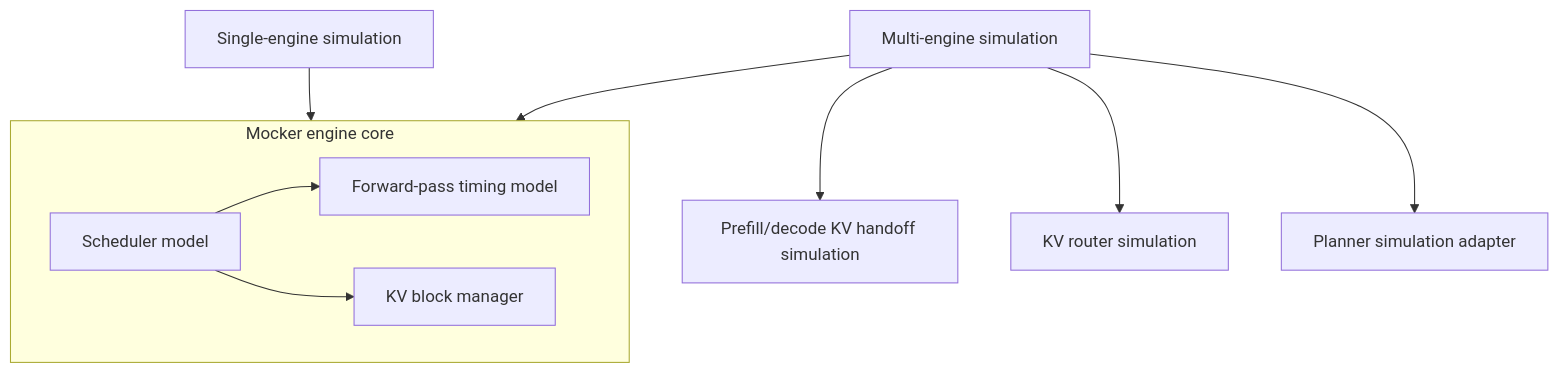
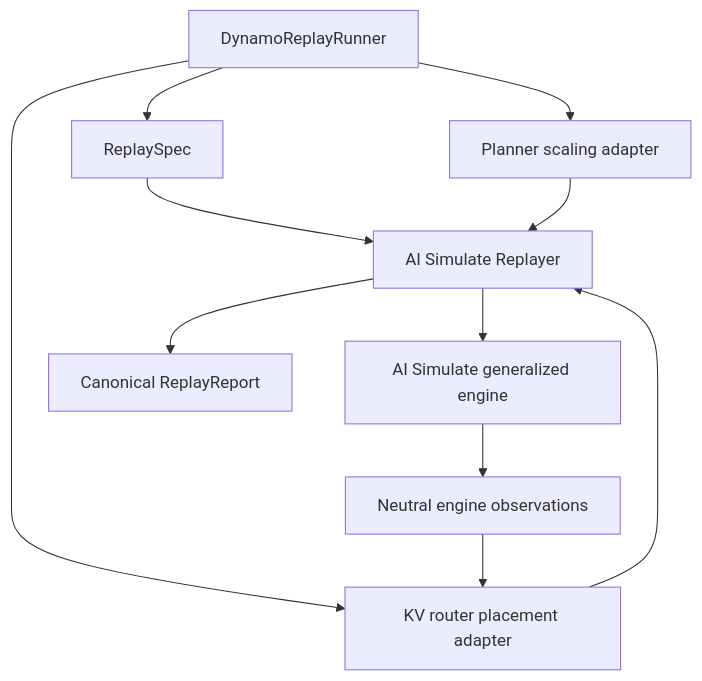
The first of 2 diagrams in docs/fern/pages/developer-guide/knowledge-base/concepts/simulation/dynosim-architecture.md (ai-dynamo/dynamo), drawn with Mermaid before and after one commit. The commit also changed other lines of this file and 20 other files, not shown here.

Commit message:
docs(aisimulate): split replayer and live mocker docs

````diff
--- a/docs/fern/pages/developer-guide/knowledge-base/concepts/simulation/dynosim-architecture.md
+++ b/docs/fern/pages/developer-guide/knowledge-base/concepts/simulation/dynosim-architecture.md
@@ -64,19 +18,13 @@
 ```mermaid
 flowchart TD
-    subgraph CORE["Mocker engine core"]
-        S["Scheduler model"] --> F["Forward-pass timing model"]
-        S --> K["KV block manager"]
-    end
-
-    T["Prefill/decode KV handoff simulation"]
-    R["KV router simulation"]
-    P["Planner simulation adapter"]
-    SES["Single-engine simulation"]
-    MES["Multi-engine simulation"]
-
-    SES --> CORE
-    MES --> CORE
-    MES --> T
-    MES --> R
-    MES --> P
+    C["DynamoReplayRunner"] --> S["ReplaySpec"]
+    C --> R["KV router placement adapter"]
+    C --> P["Planner scaling adapter"]
+    S --> RP["AI Simulate Replayer"]
+    R --> RP
+    P --> RP
+    RP --> E["AI Simulate generalized engine"]
+    E --> O["Neutral engine observations"]
+    O --> R
+    RP --> RR["Canonical ReplayReport"]
 ```
````
